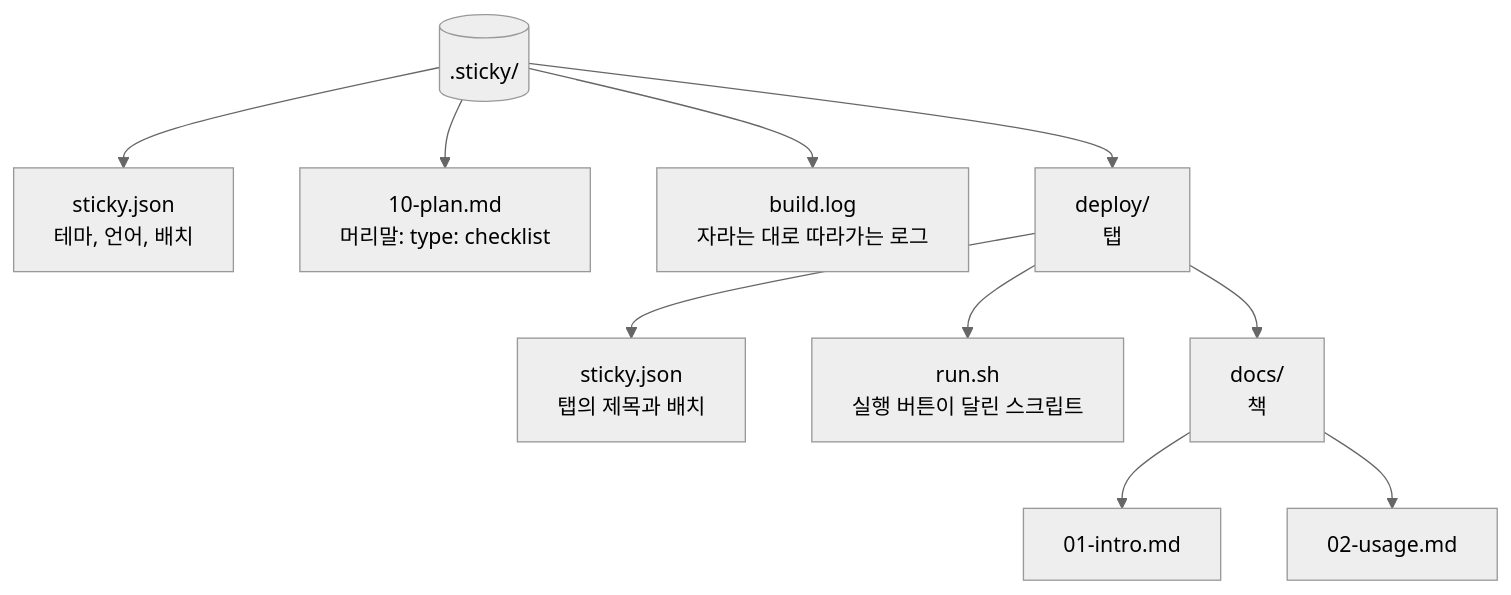
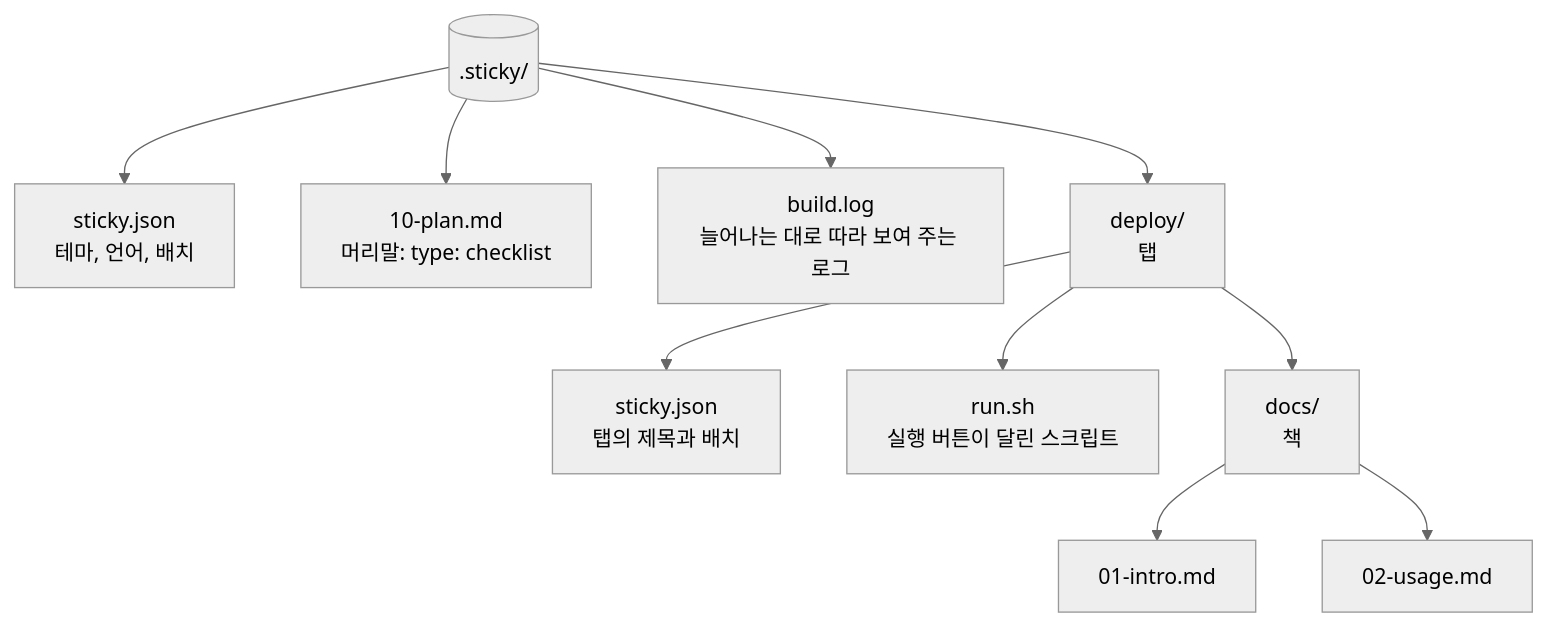
One commit to LeeSwallow/stickypane changed the second of 6 diagrams in README.ko.md. Above: the diagram before and after it, drawn with Mermaid (neutral theme). The commit also changed other lines of this file and 4 other files, not shown here.

````diff
--- a/README.ko.md
+++ b/README.ko.md
@@ -168,13 +167,13 @@
 ```mermaid
 flowchart TB
     root[(".sticky/")]
     root --> json["sticky.json<br/>테마, 언어, 배치"]
     root --> plan["10-plan.md<br/>머리말: type: checklist"]
-    root --> log["build.log<br/>자라는 대로 따라가는 로그"]
+    root --> log["build.log<br/>늘어나는 대로 따라 보여 주는 로그"]
     root --> tab["deploy/<br/>탭"]
     tab --> tabjson["sticky.json<br/>탭의 제목과 배치"]
     tab --> script["run.sh<br/>실행 버튼이 달린 스크립트"]
     tab --> book["docs/<br/>책"]
     book --> p1["01-intro.md"]
     book --> p2["02-usage.md"]
 ```
````
